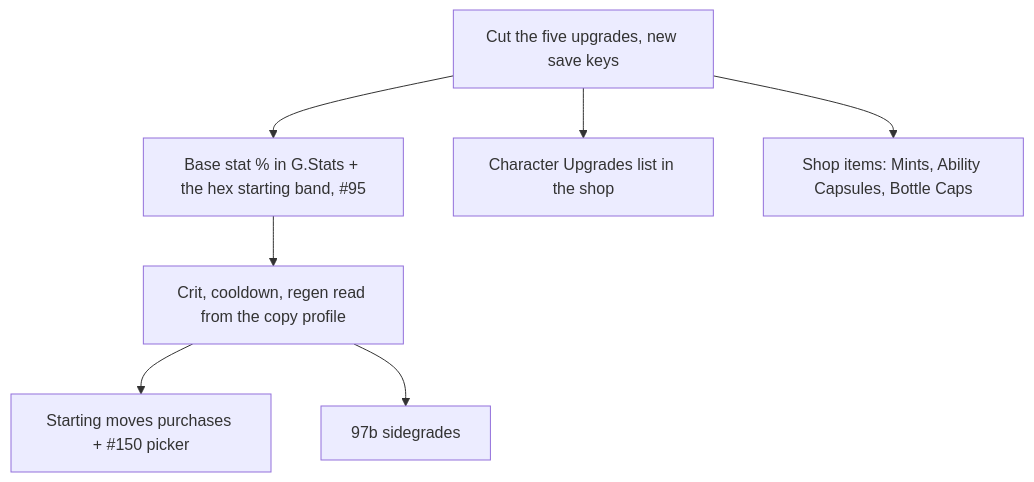
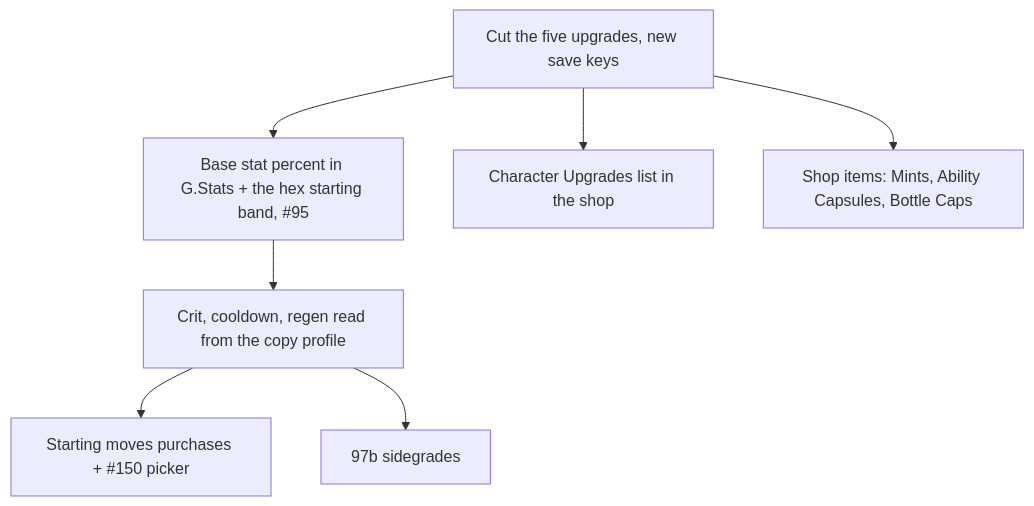
The second of 2 diagrams in docs/AI Outputs/Issue-97/97 - Upgrade System Design.md (Jess-Rivera/pokesurvivor_fork), drawn with Mermaid before and after one commit. The commit also changed other lines of this file and 3 other files, not shown here.

Commit message:
Session end: #97 numbers drafted, #166 opened, Mermaid fix, STATE and TODO rewritten

````diff
--- a/docs/AI Outputs/Issue-97/97 - Upgrade System Design.md
+++ b/docs/AI Outputs/Issue-97/97 - Upgrade System Design.md
@@ -122,9 +122,9 @@
 ```mermaid
 flowchart TD
-  A[Cut the five upgrades, new save keys] --> B[Base stat % in G.Stats + the hex starting band, #95]
+  A[Cut the five upgrades, new save keys] --> B["Base stat percent in G.Stats + the hex starting band, #95"]
   B --> C[Crit, cooldown, regen read from the copy profile]
   C --> D[Starting moves purchases + #150 picker]
   A --> E[Character Upgrades list in the shop]
   A --> F[Shop items: Mints, Ability Capsules, Bottle Caps]
   C --> G[97b sidegrades]
 ```
````
